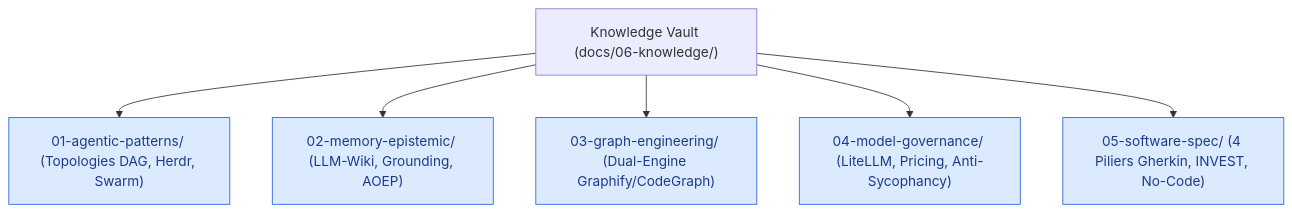
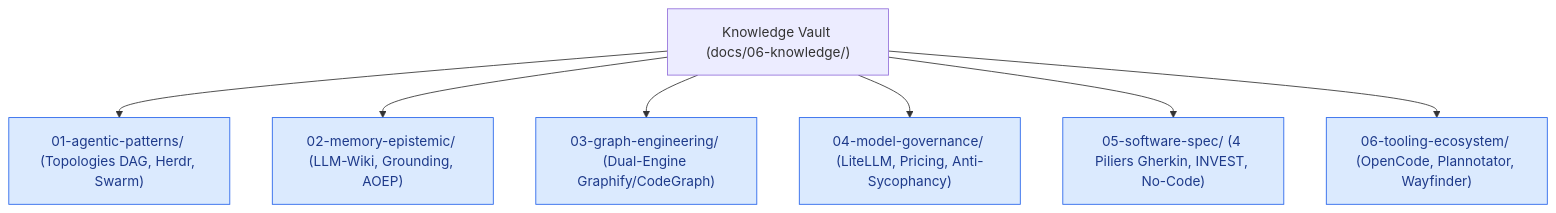
The diagram in docs/06-knowledge/README.md (Marco-Lefrancois/memory-loop), drawn with Mermaid before and after one commit. The commit also changed other lines of this file and 6 other files, not shown here.

Commit message:
feat(knowledge): add 06-tooling-ecosystem domain, migrate ingested docs and cleanup output folder

````diff
--- a/docs/06-knowledge/README.md
+++ b/docs/06-knowledge/README.md
@@ -10,11 +10,12 @@
 ```mermaid
 graph TD
     classDef domain fill:#dbeafe,stroke:#2563eb,color:#1e3a8a;
     
     Vault["Knowledge Vault (docs/06-knowledge/)"]
     Vault --> D1["01-agentic-patterns/ (Topologies DAG, Herdr, Swarm)"]:::domain
     Vault --> D2["02-memory-epistemic/ (LLM-Wiki, Grounding, AOEP)"]:::domain
     Vault --> D3["03-graph-engineering/ (Dual-Engine Graphify/CodeGraph)"]:::domain
     Vault --> D4["04-model-governance/ (LiteLLM, Pricing, Anti-Sycophancy)"]:::domain
     Vault --> D5["05-software-spec/ (4 Piliers Gherkin, INVEST, No-Code)"]:::domain
+    Vault --> D6["06-tooling-ecosystem/ (OpenCode, Plannotator, Wayfinder)"]:::domain
 ```
````
